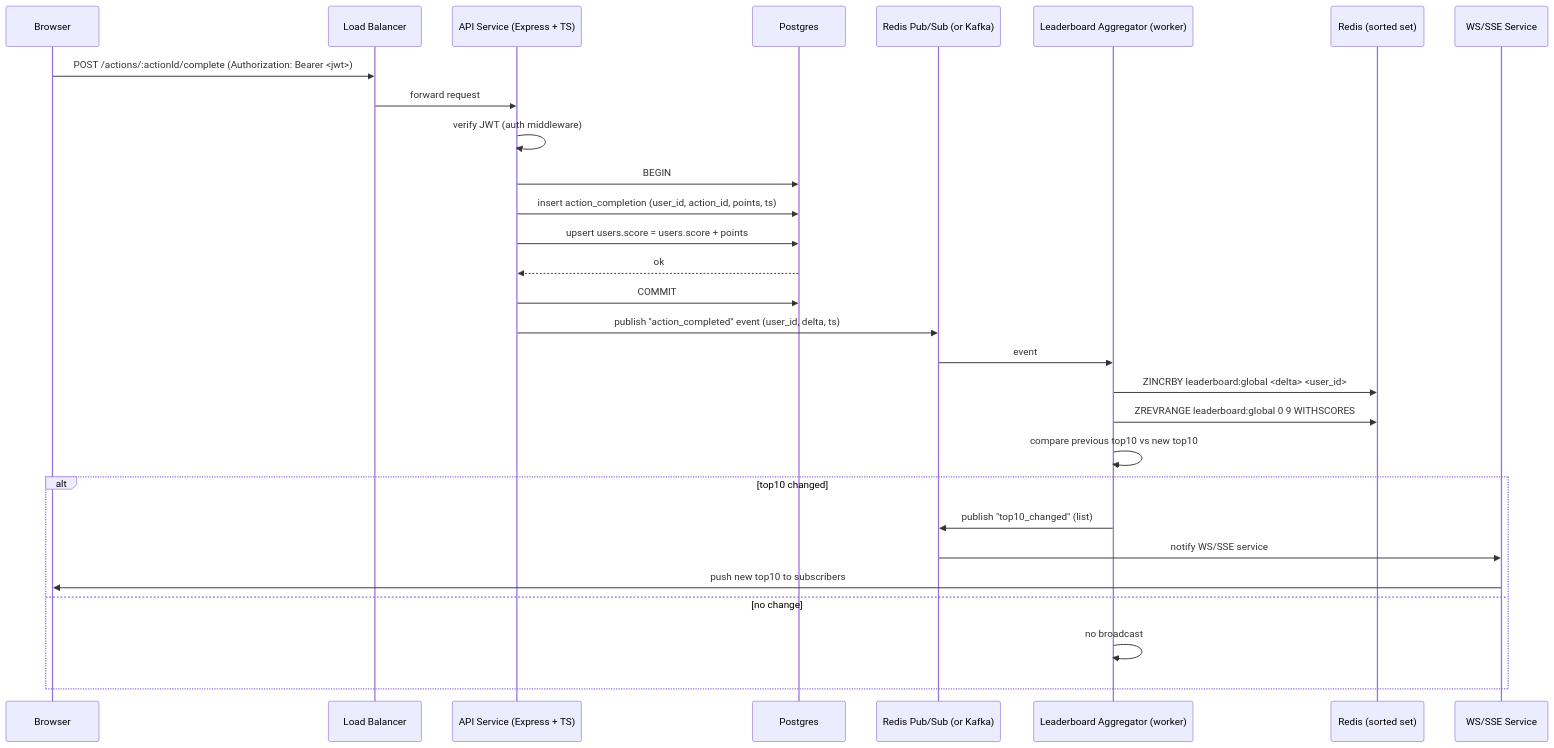
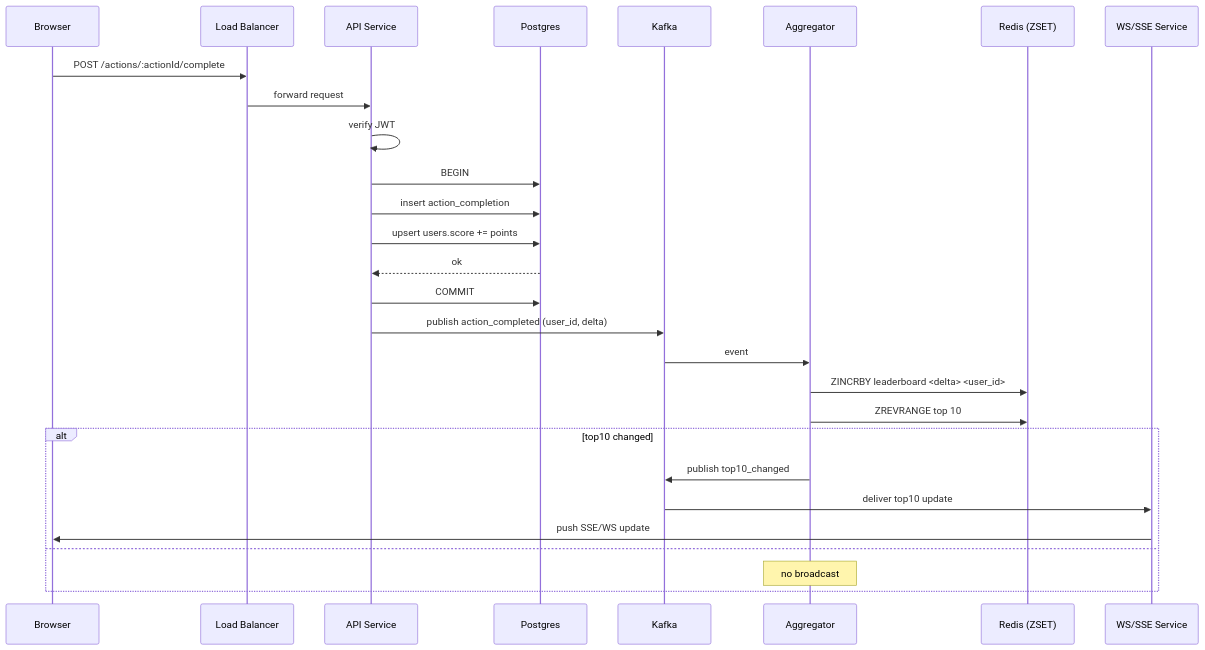
One commit to PlatinumLance/code-challenge changed the first of 2 diagrams in src/problem6/README.md. Above: the diagram before and after it, drawn with Mermaid. The commit also changed other lines of this file, not shown here.

````diff
--- a/src/problem6/README.md
+++ b/src/problem6/README.md
@@ -27,31 +27,36 @@
 ```mermaid
 sequenceDiagram
     participant Browser
     participant LB as Load Balancer
-    participant API as API Service (Express + TS)
+    participant API as API Service
     participant Postgres
-    participant Pub as Redis Pub/Sub (or Kafka)
-    participant Aggregator as Leaderboard Aggregator (worker)
-    participant Cache as Redis (sorted set)
+    participant Kafka
+    participant Aggregator
+    participant Cache as Redis (ZSET)
     participant WS as WS/SSE Service
-    Browser->>LB: POST /actions/:actionId/complete (Authorization: Bearer <jwt>)
+
+    Browser->>LB: POST /actions/:actionId/complete
     LB->>API: forward request
-    API->>API: verify JWT (auth middleware)
+    API->>API: verify JWT
+
     API->>Postgres: BEGIN
-    API->>Postgres: insert action_completion (user_id, action_id, points, ts)
-    API->>Postgres: upsert users.score = users.score + points
+    API->>Postgres: insert action_completion
+    API->>Postgres: upsert users.score += points
     Postgres-->>API: ok
     API->>Postgres: COMMIT
-    API->>Pub: publish "action_completed" event (user_id, delta, ts)
-    Pub->>Aggregator: event
-    Aggregator->>Cache: ZINCRBY leaderboard:global <delta> <user_id>
-    Aggregator->>Cache: ZREVRANGE leaderboard:global 0 9 WITHSCORES
-    Aggregator->>Aggregator: compare previous top10 vs new top10
+
+    API->>Kafka: publish action_completed (user_id, delta)
+
+    Kafka->>Aggregator: event
+
+    Aggregator->>Cache: ZINCRBY leaderboard <delta> <user_id>
+    Aggregator->>Cache: ZREVRANGE top 10
+
     alt top10 changed
-        Aggregator->>Pub: publish "top10_changed" (list)
-        Pub->>WS: notify WS/SSE service
-        WS->>Browser: push new top10 to subscribers
-    else no change
-        Aggregator->>Aggregator: no broadcast
+        Aggregator->>Kafka: publish top10_changed
+        Kafka->>WS: deliver top10 update
+        WS->>Browser: push SSE/WS update
+    else
+        note over Aggregator: no broadcast
     end
 ```
````
